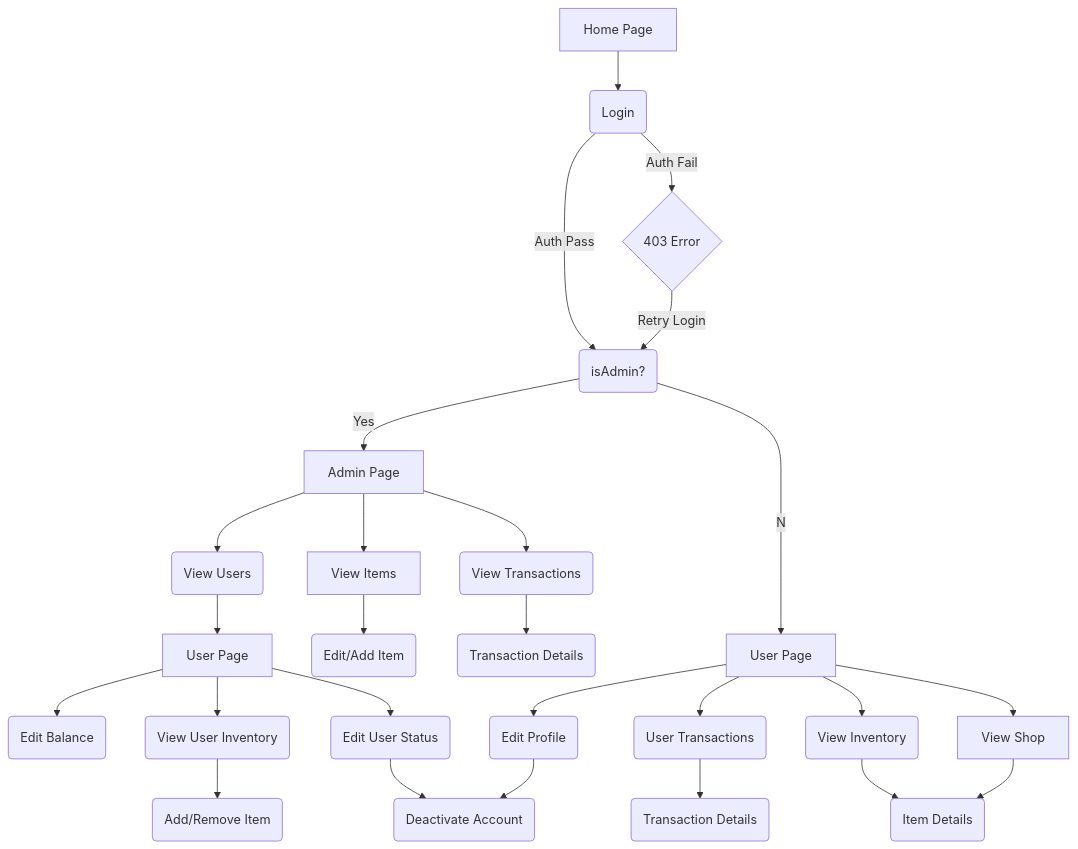
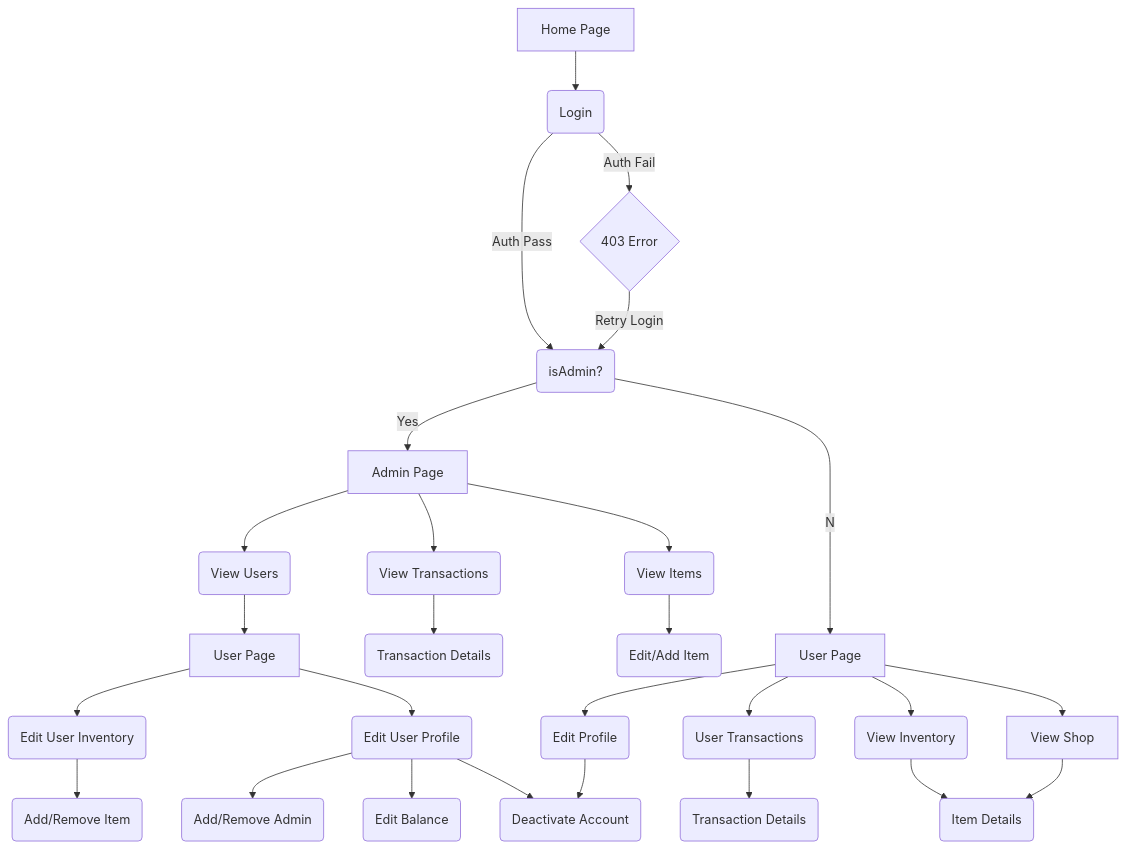
Before and after one commit to Rajayne/CapstoneShopkeyp: the diagram in README.md, drawn with Mermaid. The commit also changed 5 other files, not shown here.

Commit message:
Create get item by id shop route and test

````diff
--- a/README.md
+++ b/README.md
@@ -45,21 +45,23 @@
 ```mermaid
 graph TD
 A[Home Page] --> C(Login)
 C -- Auth Pass --> D(isAdmin?)
 C -- Auth Fail --> E{403 Error}
 E -- Retry Login --> D
 D -- Yes --> F[Admin Page]
 D -- No--> G[User Page]
-F --> J[View Items] --> K(Edit/Add Item)
 F --> H(View Transactions) --> I(Transaction Details)
+F --> J(View Items) --> K(Edit/Add Item)
 F --> L(View Users) --> M[User Page]
-M --> DD(Edit Balance)
-M --> N(View User Inventory)
-N --> BB(Add/Remove Item)
-M --> O(Edit User Status) --> P
-G --> AA(Edit Profile)
-AA --> P(Deactivate Account)
-G --> Q(User Transactions) --> R(Transaction Details)
-G --> S(View Inventory) --> T(Item Details)
-G --> X[View Shop] --> T
+M --> N(Edit User Inventory)
+N --> O(Add/Remove Item)
+M --> P(Edit User Profile) 
+P --> Q(Add/Remove Admin)
+P --> R(Edit Balance)
+P --> S
+G --> U(Edit Profile)
+U --> S(Deactivate Account)
+G --> V(User Transactions) --> W(Transaction Details)
+G --> X(View Inventory) --> Y(Item Details)
+G --> Z[View Shop] --> Y
 ```
````
